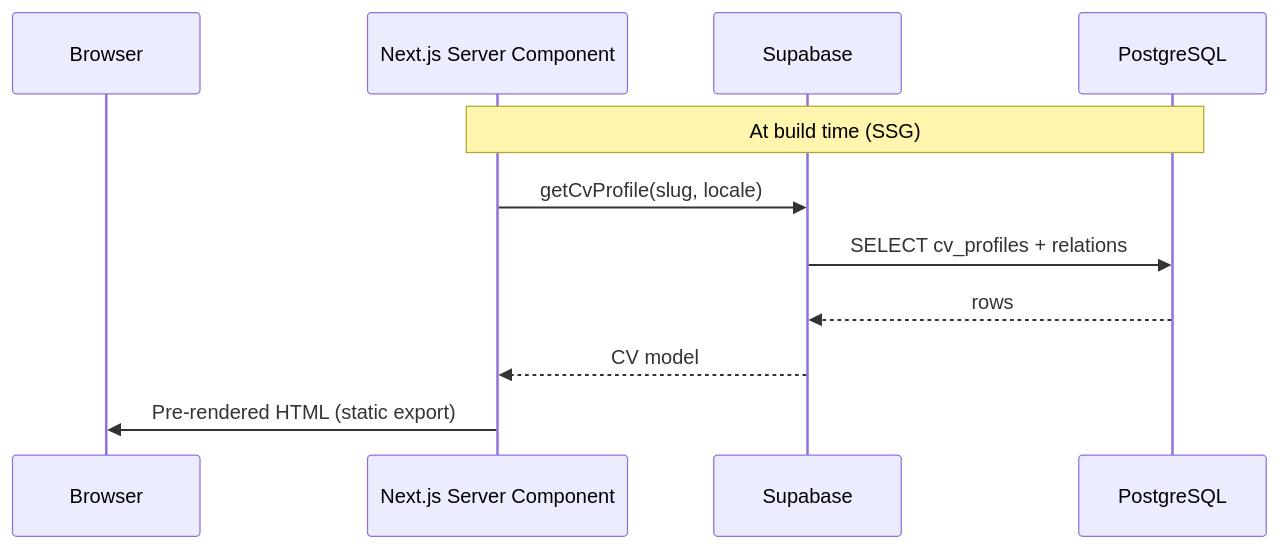
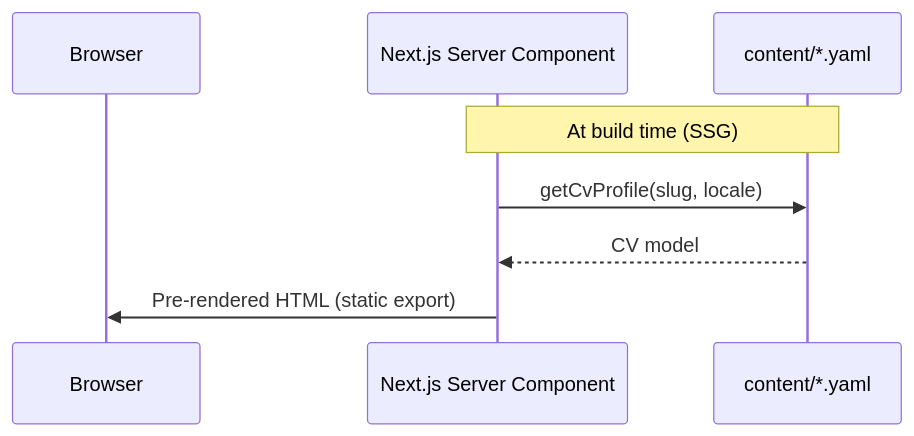
The second of 3 diagrams in docs/.ai/architecture.md (95gabor/cv), drawn with Mermaid before and after one commit. The commit also changed other lines of this file and 49 other files, not shown here.

First line of the commit message:
refactor(cv): read CV data from YAML instead of Supabase (#175)

````diff
--- a/docs/.ai/architecture.md
+++ b/docs/.ai/architecture.md
@@ -42,14 +38,11 @@
 ```mermaid
 sequenceDiagram
     participant Browser
     participant Next as Next.js Server Component
-    participant SB as Supabase
-    participant DB as PostgreSQL
+    participant FS as content/*.yaml
 
-    Note over Next,DB: At build time (SSG)
-    Next->>SB: getCvProfile(slug, locale)
-    SB->>DB: SELECT cv_profiles + relations
-    DB-->>SB: rows
-    SB-->>Next: CV model
+    Note over Next,FS: At build time (SSG)
+    Next->>FS: getCvProfile(slug, locale)
+    FS-->>Next: CV model
     Next->>Browser: Pre-rendered HTML (static export)
 ```
````
